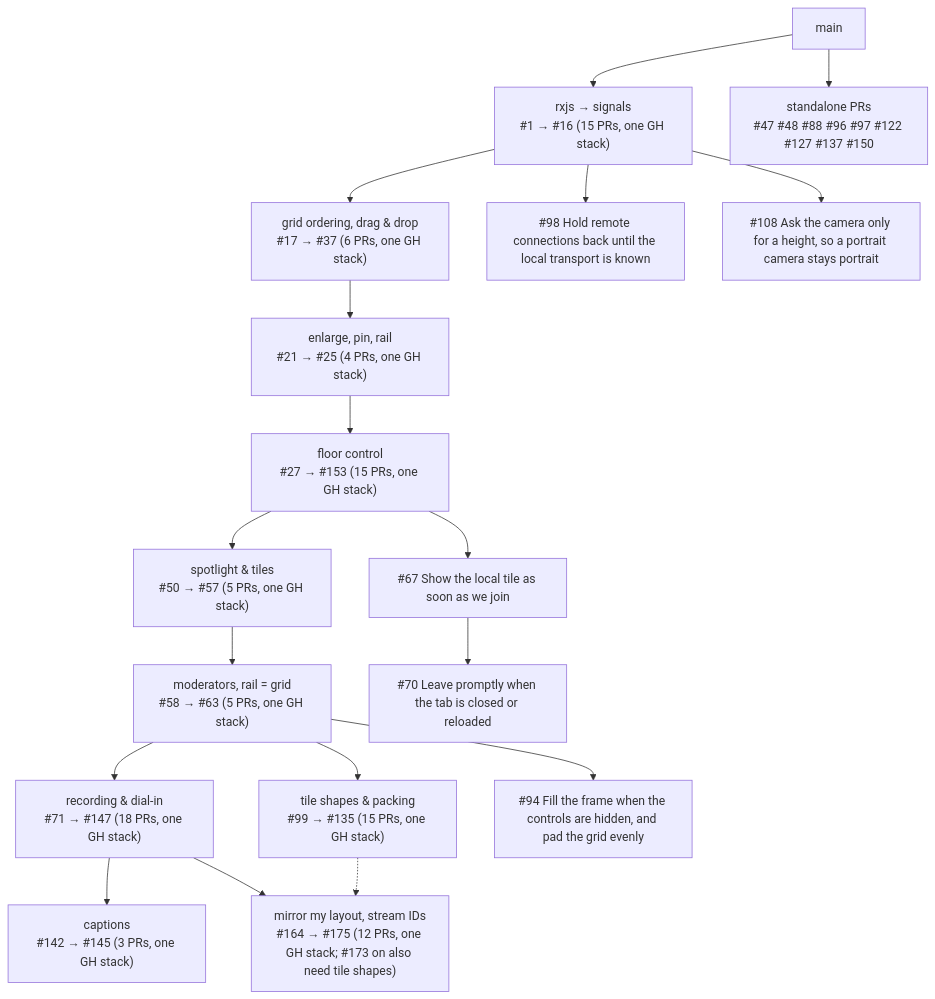
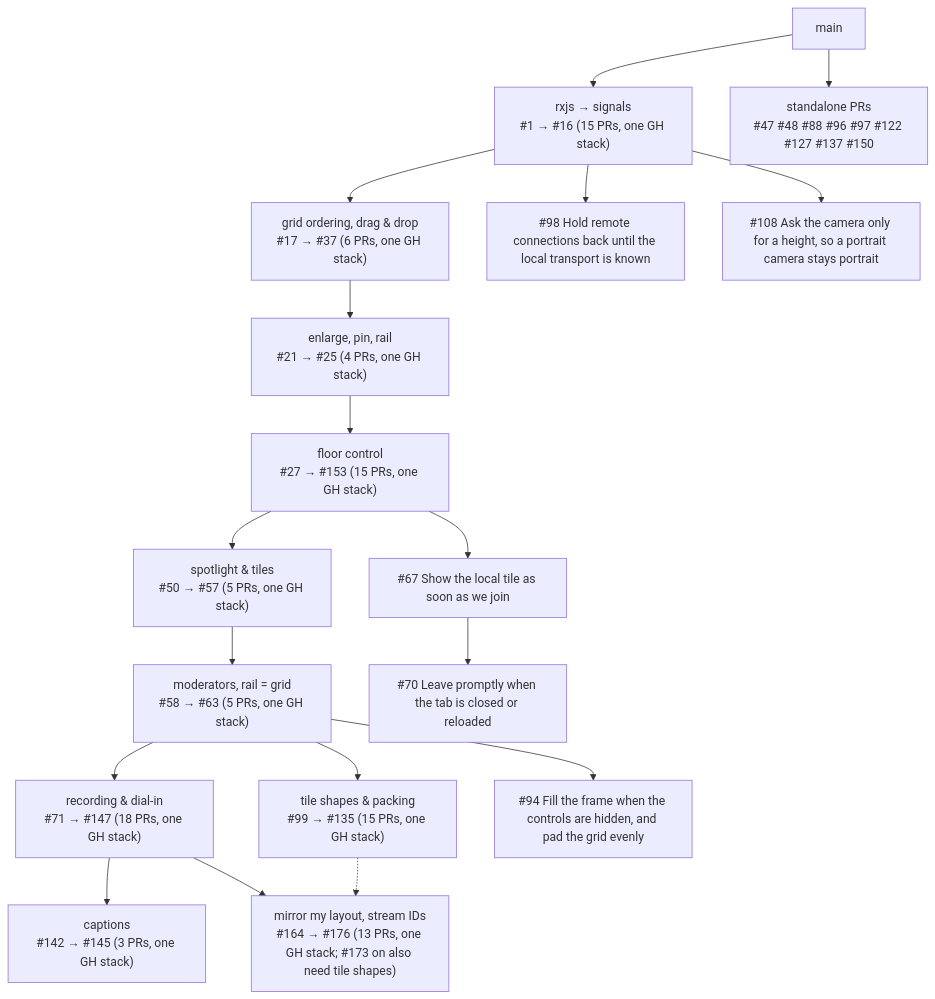
One commit to MaximilianGaedig/element-call changed the diagram in docs/experiment_stack.md. Above: the diagram before and after it, drawn with Mermaid. The commit also changed other lines of this file, not shown here.

Commit message:
Stack overview: #176 names downloaded recordings by their filename

````diff
--- a/docs/experiment_stack.md
+++ b/docs/experiment_stack.md
@@ -21,37 +21,37 @@
 ```mermaid
 graph TD
   main[main]
   foundation["rxjs → signals<br/>#1 → #16 (15 PRs, one GH stack)"]
   main --> foundation
   drag["grid ordering, drag & drop<br/>#17 → #37 (6 PRs, one GH stack)"]
   foundation --> drag
   spotlight["enlarge, pin, rail<br/>#21 → #25 (4 PRs, one GH stack)"]
   drag --> spotlight
   floor["floor control<br/>#27 → #153 (15 PRs, one GH stack)"]
   spotlight --> floor
   spotlight2["spotlight & tiles<br/>#50 → #57 (5 PRs, one GH stack)"]
   floor --> spotlight2
   floor2["moderators, rail = grid<br/>#58 → #63 (5 PRs, one GH stack)"]
   spotlight2 --> floor2
   recording["recording & dial-in<br/>#71 → #147 (18 PRs, one GH stack)"]
   floor2 --> recording
   captions["captions<br/>#142 → #145 (3 PRs, one GH stack)"]
   recording --> captions
-  mirror["mirror my layout, stream IDs<br/>#164 → #175 (12 PRs, one GH stack; #173 on also need tile shapes)"]
+  mirror["mirror my layout, stream IDs<br/>#164 → #176 (13 PRs, one GH stack; #173 on also need tile shapes)"]
   recording --> mirror
   shapes -.-> mirror
   shapes["tile shapes & packing<br/>#99 → #135 (15 PRs, one GH stack)"]
   floor2 --> shapes
   pr67["#67 Show the local tile as soon as we join"]
   floor --> pr67
   pr70["#70 Leave promptly when the tab is closed or reloaded"]
   pr67 --> pr70
   pr94["#94 Fill the frame when the controls are hidden, and pad the grid evenly"]
   floor2 --> pr94
   pr98["#98 Hold remote connections back until the local transport is known"]
   foundation --> pr98
   pr108["#108 Ask the camera only for a height, so a portrait camera stays portrait"]
   foundation --> pr108
   standalone["standalone PRs<br/>#47 #48 #88 #96 #97 #122 #127 #137 #150"]
   main --> standalone
 ```
````
